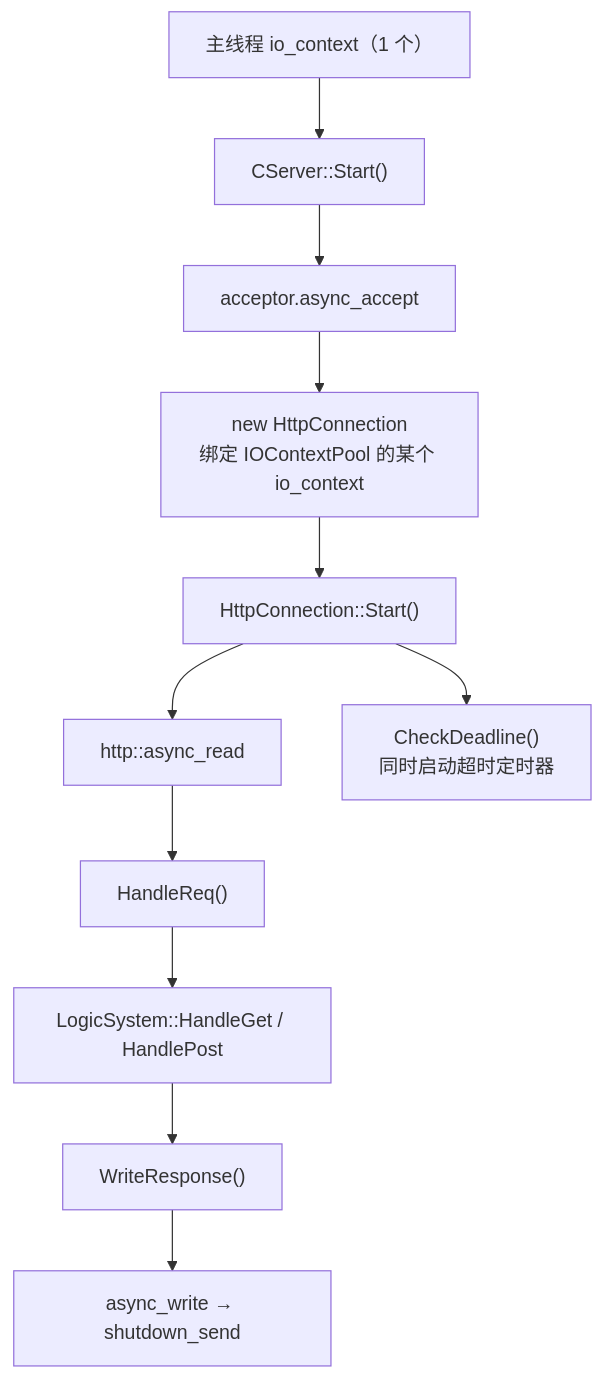
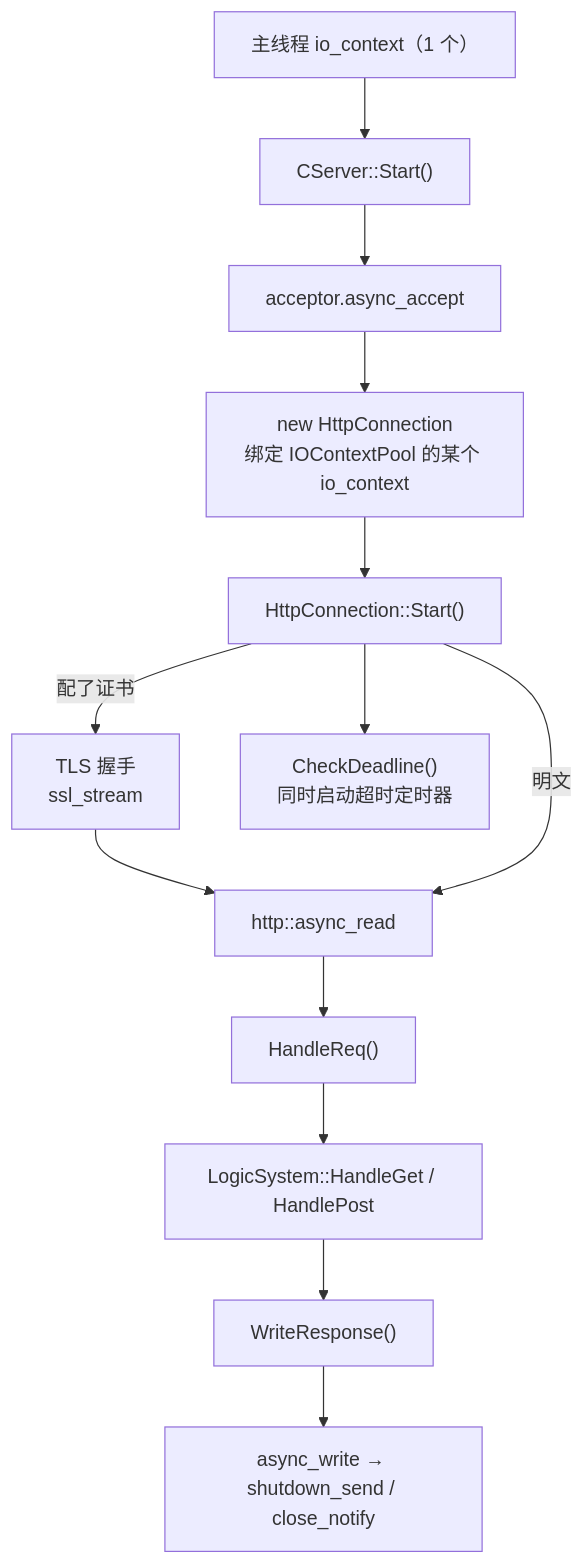
One commit to yrc920/yunjian changed the diagram in docs/07-gate-server.md. Above: the diagram before and after it, drawn with Mermaid. The commit also changed other lines of this file and 133 other files, not shown here.

````diff
--- a/docs/07-gate-server.md
+++ b/docs/07-gate-server.md
@@ -29,13 +30,15 @@
 ```mermaid
 flowchart TB
     A["主线程 io_context（1 个）"] --> B["CServer::Start()"]
     B --> C["acceptor.async_accept"]
     C --> D["new HttpConnection<br/>绑定 IOContextPool 的某个 io_context"]
     D --> E["HttpConnection::Start()"]
-    E --> F["http::async_read"]
+    E -->|"配了证书"| E2["TLS 握手<br/>ssl_stream"]
+    E2 --> F["http::async_read"]
+    E -->|"明文"| F
     F --> G["HandleReq()"]
     G --> H["LogicSystem::HandleGet / HandlePost"]
     H --> I["WriteResponse()"]
-    I --> J["async_write → shutdown_send"]
+    I --> J["async_write → shutdown_send / close_notify"]
     E --> K["CheckDeadline()<br/>同时启动超时定时器"]
 ```
````
